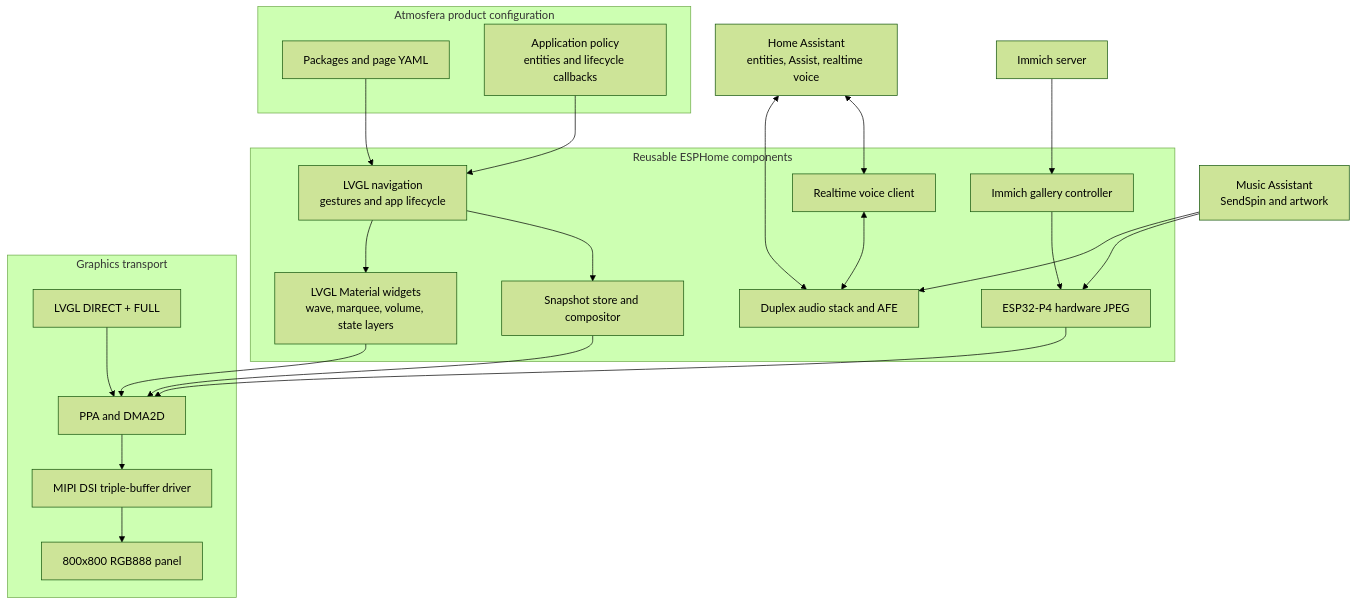
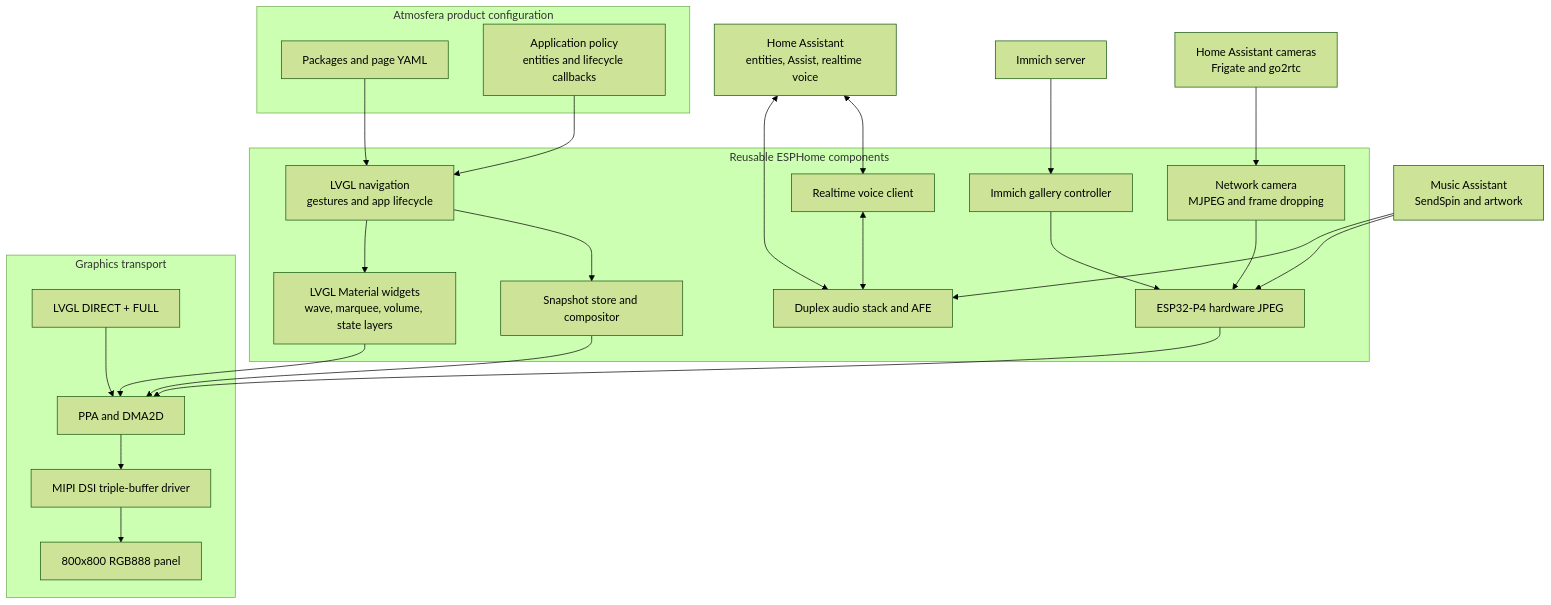
Before and after one commit to kyvaith/Atmosfera-Echo-Hub: the diagram in docs/architecture/README.md, drawn with Mermaid (forest theme). The commit also changed other lines of this file and 14 other files, not shown here.

````diff
--- a/docs/architecture/README.md
+++ b/docs/architecture/README.md
@@ -34,47 +35,51 @@
 ```mermaid
 flowchart TB
     HA["Home Assistant<br/>entities, Assist, realtime voice"]
     MA["Music Assistant<br/>SendSpin and artwork"]
     IMMICH["Immich server"]
+    CAMERAS["Home Assistant cameras<br/>Frigate and go2rtc"]
 
     subgraph PRODUCT["Atmosfera product configuration"]
         YAML["Packages and page YAML"]
         POLICY["Application policy<br/>entities and lifecycle callbacks"]
     end
 
     subgraph COMPONENTS["Reusable ESPHome components"]
         NAV["LVGL navigation<br/>gestures and app lifecycle"]
         SNAP["Snapshot store and compositor"]
         MATERIAL["LVGL Material widgets<br/>wave, marquee, volume, state layers"]
         GALLERY["Immich gallery controller"]
+        CAMERA["Network camera<br/>MJPEG and frame dropping"]
         VA["Realtime voice client"]
         AUDIO["Duplex audio stack and AFE"]
         JPEG["ESP32-P4 hardware JPEG"]
     end
 
     subgraph GRAPHICS["Graphics transport"]
         LVGL["LVGL DIRECT + FULL"]
         ACCEL["PPA and DMA2D"]
         DSI["MIPI DSI triple-buffer driver"]
         PANEL["800x800 RGB888 panel"]
     end
 
     YAML --> NAV
     POLICY --> NAV
     NAV --> SNAP
     NAV --> MATERIAL
     IMMICH --> GALLERY
+    CAMERAS --> CAMERA
     GALLERY --> JPEG
+    CAMERA --> JPEG
     MA --> JPEG
     HA <--> VA
     HA <--> AUDIO
     MA --> AUDIO
     VA <--> AUDIO
 
     SNAP --> ACCEL
     MATERIAL --> ACCEL
     JPEG --> ACCEL
     LVGL --> ACCEL
     ACCEL --> DSI
     DSI --> PANEL
 ```
````
